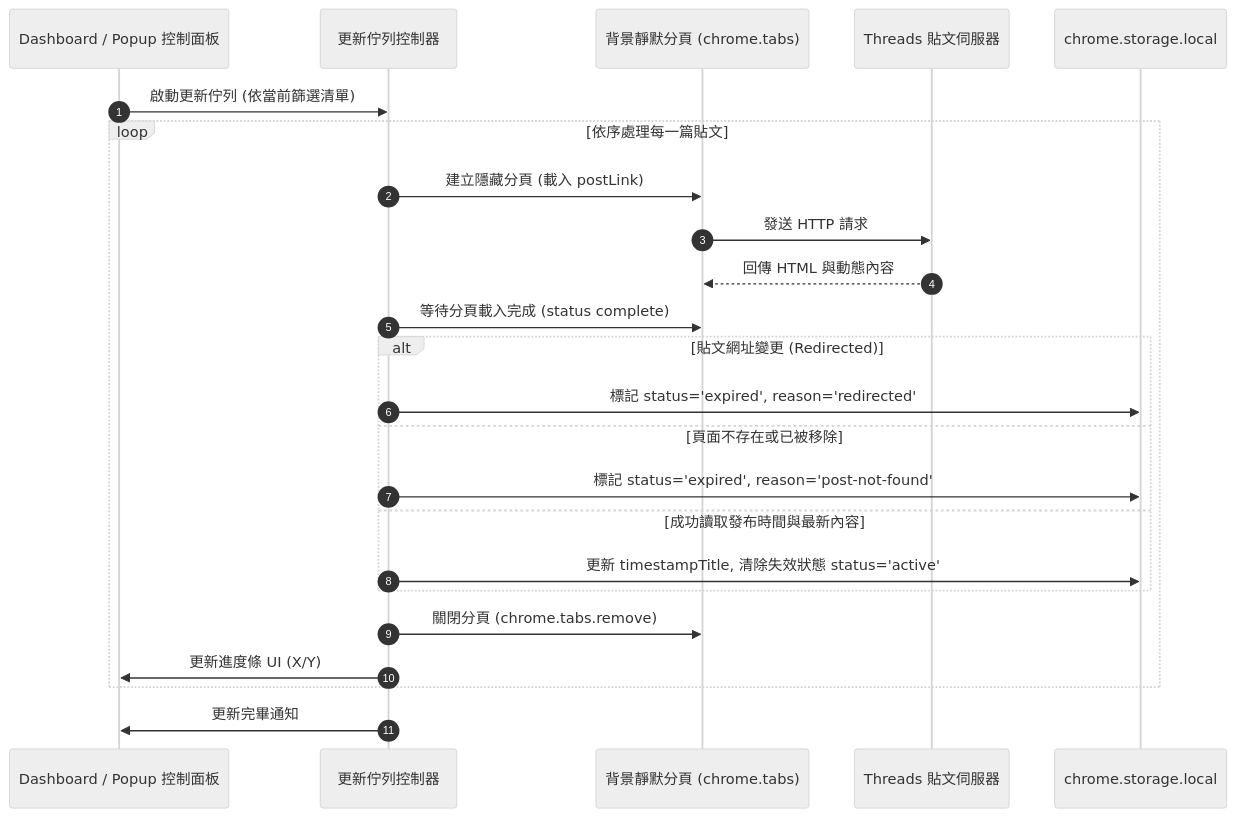
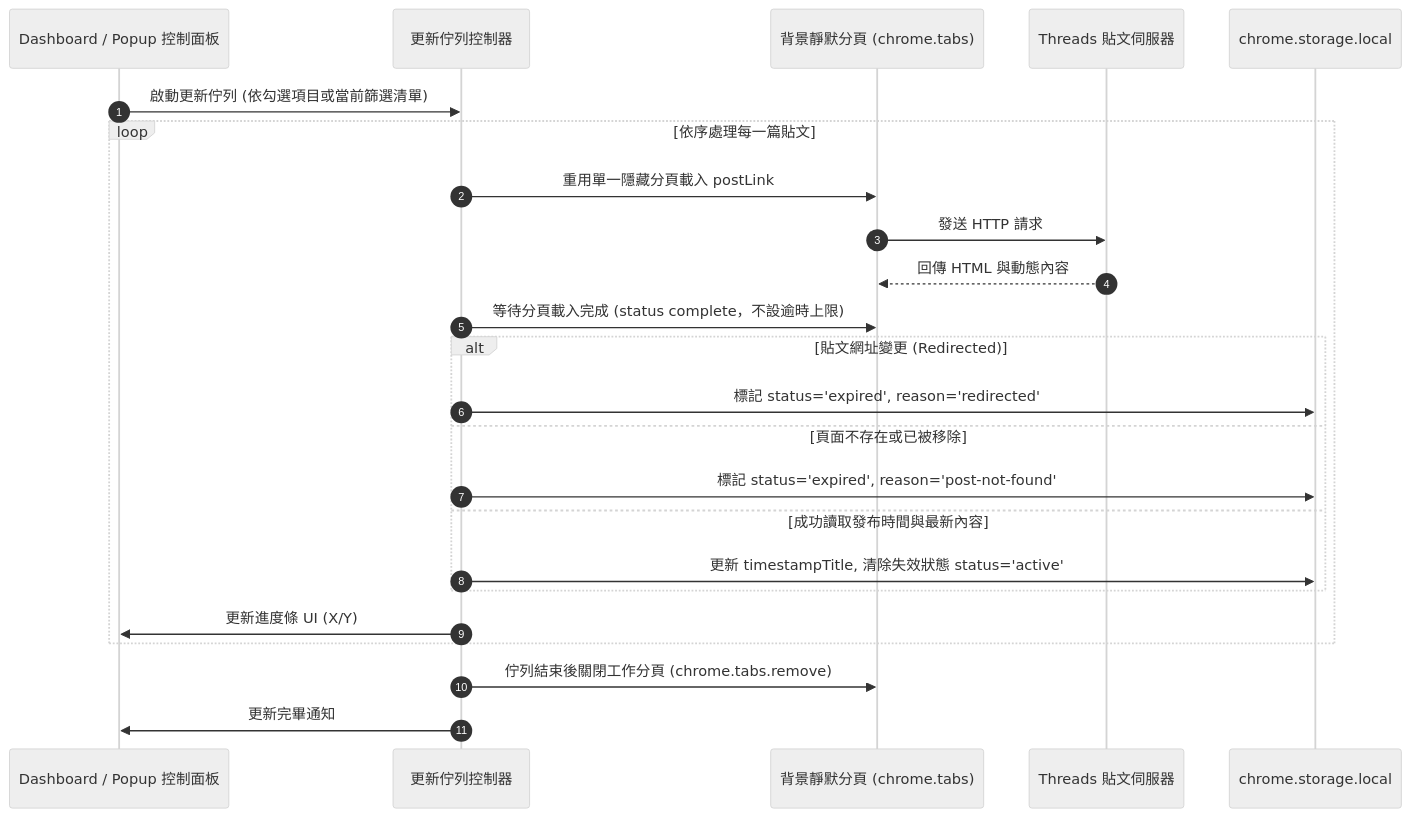
The second of 3 diagrams in README.md (Scorpio-meow/Threads-embedded-code), drawn with Mermaid (neutral theme) before and after one commit. The commit also changed other lines of this file and 5 other files, not shown here.

````diff
--- a/README.md
+++ b/README.md
@@ -347,27 +353,27 @@
 ```mermaid
 sequenceDiagram
     autonumber
     participant UI as Dashboard / Popup 控制面板
     participant Queue as 更新佇列控制器
     participant Tab as 背景靜默分頁 (chrome.tabs)
     participant Page as Threads 貼文伺服器
     participant Storage as chrome.storage.local
 
-    UI->>Queue: 啟動更新佇列 (依當前篩選清單)
+    UI->>Queue: 啟動更新佇列 (依勾選項目或當前篩選清單)
     loop 依序處理每一篇貼文
-        Queue->>Tab: 建立隱藏分頁 (載入 postLink)
+        Queue->>Tab: 重用單一隱藏分頁載入 postLink
         Tab->>Page: 發送 HTTP 請求
         Page-->>Tab: 回傳 HTML 與動態內容
-        Queue->>Tab: 等待分頁載入完成 (status complete)
+        Queue->>Tab: 等待分頁載入完成 (status complete，不設逾時上限)
         alt 貼文網址變更 (Redirected)
             Queue->>Storage: 標記 status='expired', reason='redirected'
         else 頁面不存在或已被移除
             Queue->>Storage: 標記 status='expired', reason='post-not-found'
         else 成功讀取發布時間與最新內容
             Queue->>Storage: 更新 timestampTitle, 清除失效狀態 status='active'
         end
-        Queue->>Tab: 關閉分頁 (chrome.tabs.remove)
         Queue->>UI: 更新進度條 UI (X/Y)
     end
+    Queue->>Tab: 佇列結束後關閉工作分頁 (chrome.tabs.remove)
     Queue->>UI: 更新完畢通知
 ```
````
